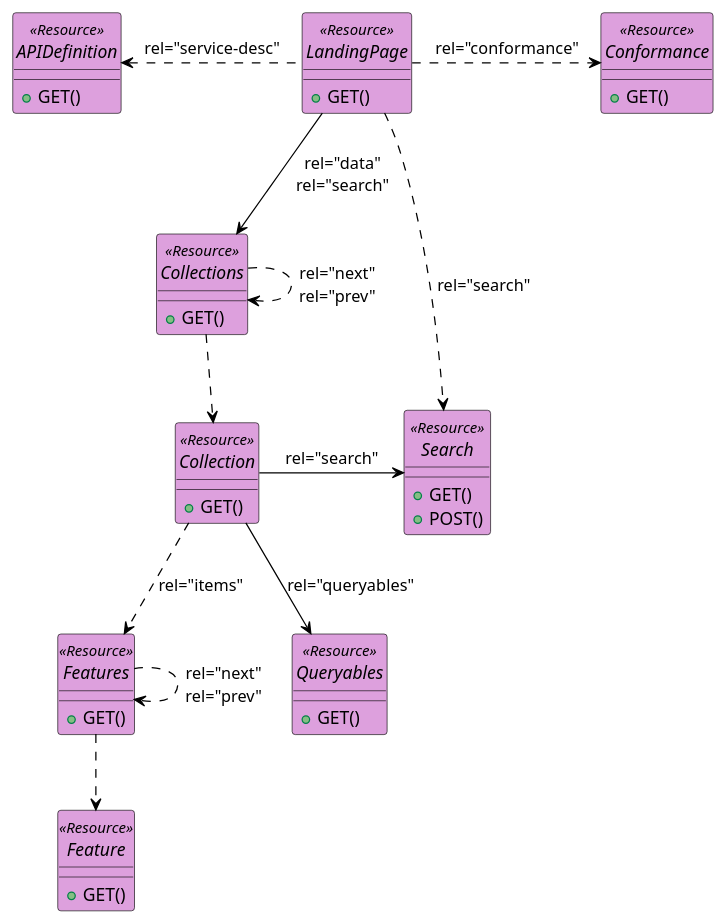
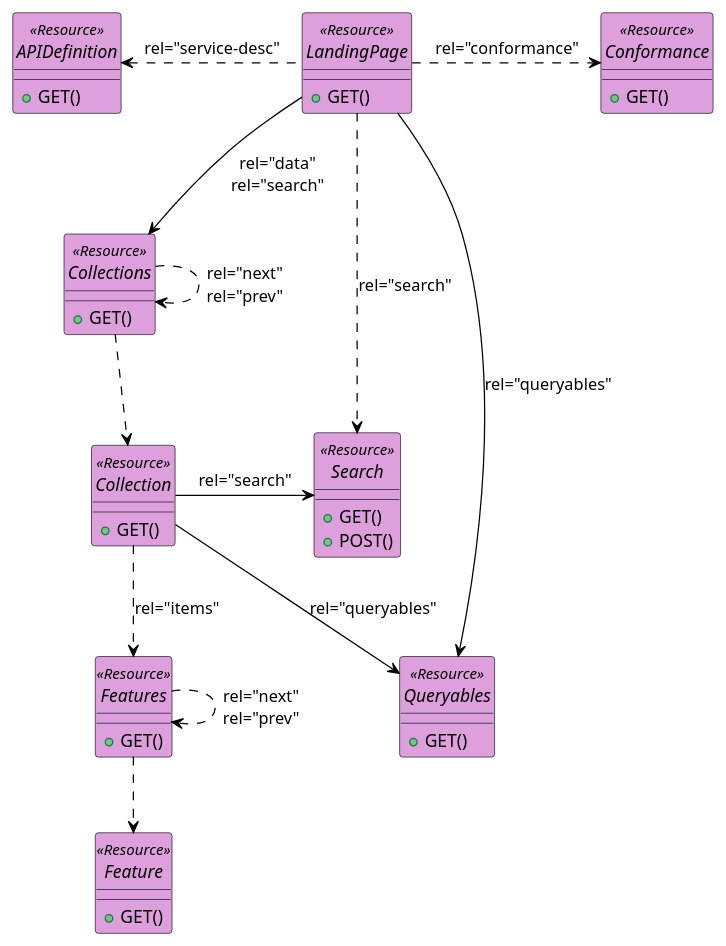
One commit to littleidiot40/stac-federated-search changed the diagram in figures/resources.puml. Above: the diagram before and after it, drawn with PlantUML. The commit also changed 1 other file, not shown here.

```diff
--- a/figures/resources.puml
+++ b/figures/resources.puml
@@ -1,79 +1,79 @@
 @startuml
 
 
 allowmixing
 
 skinparam componentStyle uml2
 skinparam ArrowColor Black
 skinparam ClassBorderColor Black
 skinparam ComponentBorderColor Black
 skinparam ObjectBorderColor Black
 
 hide circle
 ' hide <<Resource>> circle
 show <<GeoJSON>> circle
 ' hide <<Interface>> circle
 
 
 ' interface "<<Resource>>\nC" as CreateFeature #Plum
 
 interface LandingPage <<Resource>>  #Plum {
     +GET()
 }
 
 interface APIDefinition <<Resource>> #Plum {
    +GET()
 }
 
 interface Conformance <<Resource>> #Plum {
    +GET()
 }
 
 interface Collections <<Resource>> #Plum {
    +GET()
 }
 
 interface Collection <<Resource>> #Plum {
    +GET()
 }
 
 interface Features <<Resource>> #Plum {
    +GET()
 }
 
 interface Feature <<Resource>> #Plum {
    +GET()
 }
 
 interface Search <<Resource>> #Plum {
    +GET()
    +POST()
 }
 
 interface Queryables <<Resource>> #Plum {
    +GET()
 }
 
 
 LandingPage .left.> APIDefinition : "rel="service-desc"" 
 LandingPage .right.> Conformance : "rel="conformance"" 
 LandingPage ..> Search : "rel="search"" 
 LandingPage -down-> Collections : "rel="data"\nrel="search"" 
 Collections .down.> Collection  
 
 Collections ..> Collections : "rel="next"\nrel="prev""
 
 Collection .down.> Features : "rel="items""
 
 
 
 
 Collection -right-> Search : "rel="search""
 Collection --> Queryables : "rel="queryables""
-' LandingPage --> Queryables : "rel="queryables""
+LandingPage --> Queryables : "rel="queryables""
 Features .down.> Feature 
 
 Features ..> Features : "rel="next"\nrel="prev""
 
 
 @enduml
```
